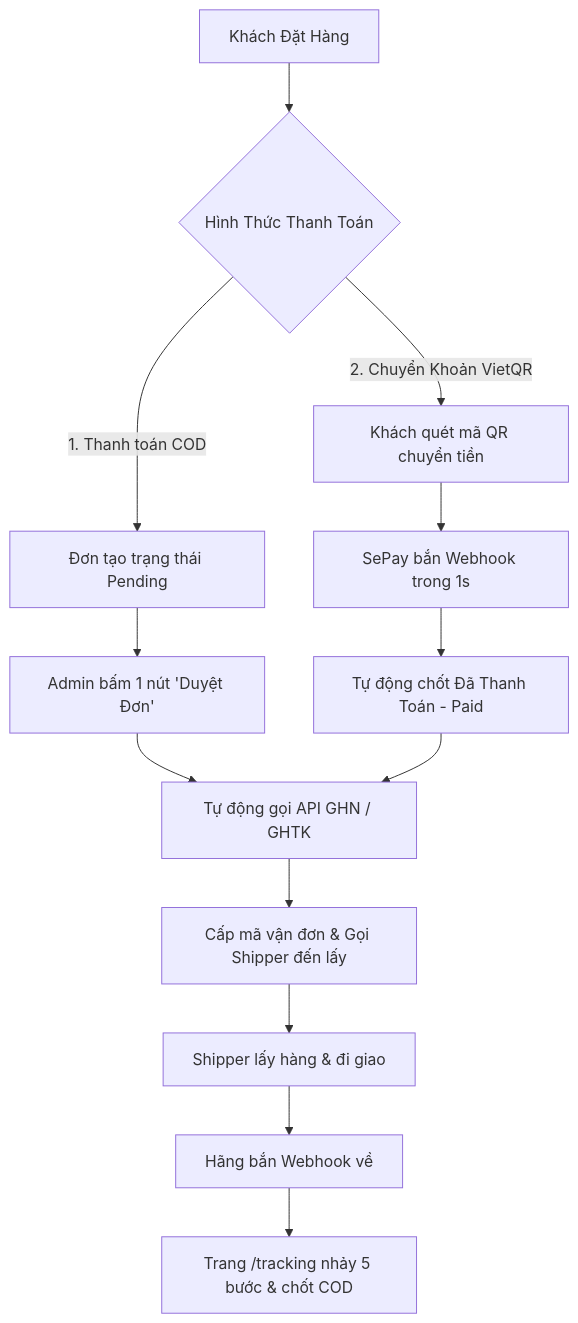
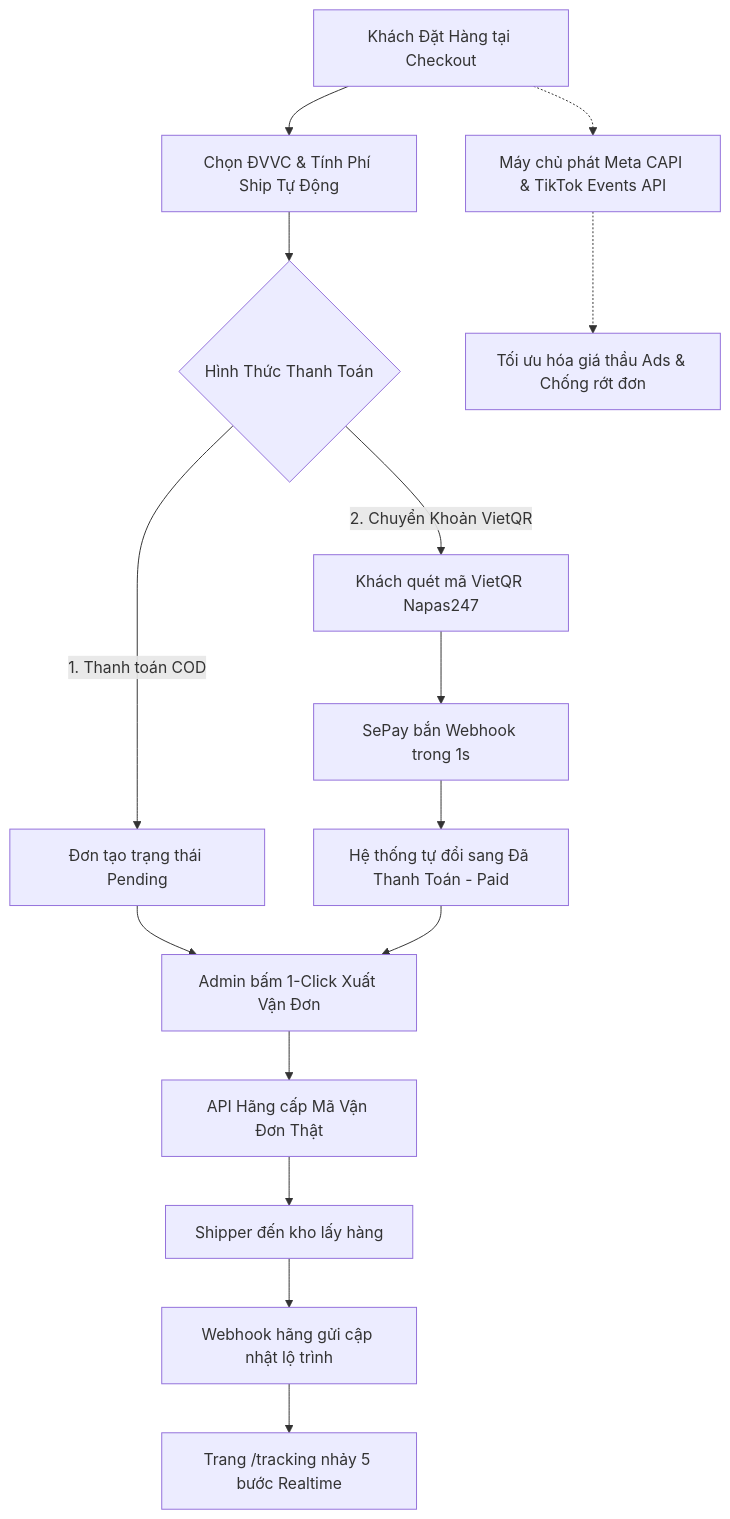
One commit to An07dev/AFF-Store changed the diagram in README.md. Above: the diagram before and after it, drawn with Mermaid. The commit also changed other lines of this file, not shown here.

````diff
--- a/README.md
+++ b/README.md
@@ -308,18 +265,21 @@
 ```mermaid
 graph TD
-    A[Khách Đặt Hàng] --> B{Hình Thức Thanh Toán}
+    A[Khách Đặt Hàng tại Checkout] --> B[Chọn ĐVVC & Tính Phí Ship Tự Động]
+    B --> C{Hình Thức Thanh Toán}
     
-    B -->|1. Thanh toán COD| C[Đơn tạo trạng thái Pending]
-    C --> D[Admin bấm 1 nút 'Duyệt Đơn']
-    D --> E[Tự động gọi API GHN / GHTK]
-    E --> F[Cấp mã vận đơn & Gọi Shipper đến lấy]
+    C -->|1. Thanh toán COD| D[Đơn tạo trạng thái Pending]
+    D --> E[Admin bấm 1-Click Xuất Vận Đơn]
+    E --> F[API Hãng cấp Mã Vận Đơn Thật]
     
-    B -->|2. Chuyển Khoản VietQR| G[Khách quét mã QR chuyển tiền]
+    C -->|2. Chuyển Khoản VietQR| G[Khách quét mã VietQR Napas247]
     G --> H[SePay bắn Webhook trong 1s]
-    H --> I[Tự động chốt Đã Thanh Toán - Paid]
+    H --> I[Hệ thống tự đổi sang Đã Thanh Toán - Paid]
     I --> E
     
-    F --> J[Shipper lấy hàng & đi giao]
-    J --> K[Hãng bắn Webhook về]
-    K --> L[Trang /tracking nhảy 5 bước & chốt COD]
+    F --> J[Shipper đến kho lấy hàng]
+    J --> K[Webhook hãng gửi cập nhật lộ trình]
+    K --> L[Trang /tracking nhảy 5 bước Realtime]
+    
+    A -.-> M[Máy chủ phát Meta CAPI & TikTok Events API]
+    M -.-> N[Tối ưu hóa giá thầu Ads & Chống rớt đơn]
 ```
````
